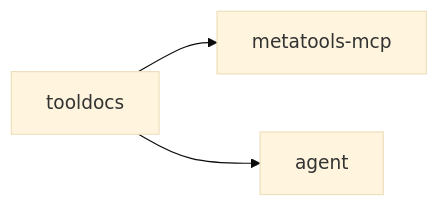
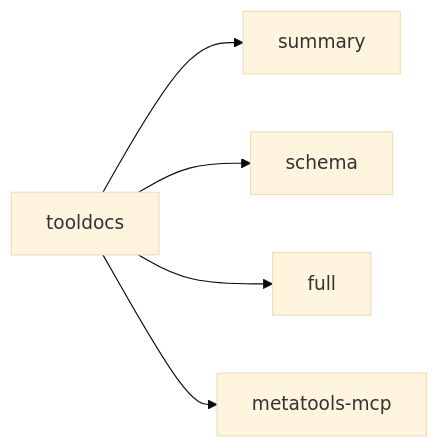
The diagram in docs/components/tooldocs.md (jonwraymond/ai-tools-stack), drawn with Mermaid (base theme) before and after one commit. The commit also changed other lines of this file and 12 other files, not shown here.

````diff
--- a/docs/components/tooldocs.md
+++ b/docs/components/tooldocs.md
@@ -23,5 +28,7 @@
 ```mermaid
 flowchart LR
-  A[tooldocs] --> B[metatools-mcp]
-  A --> C[agent]
+  A[tooldocs] --> B[summary]
+  A --> C[schema]
+  A --> D[full]
+  A --> E[metatools-mcp]
 ```
````
